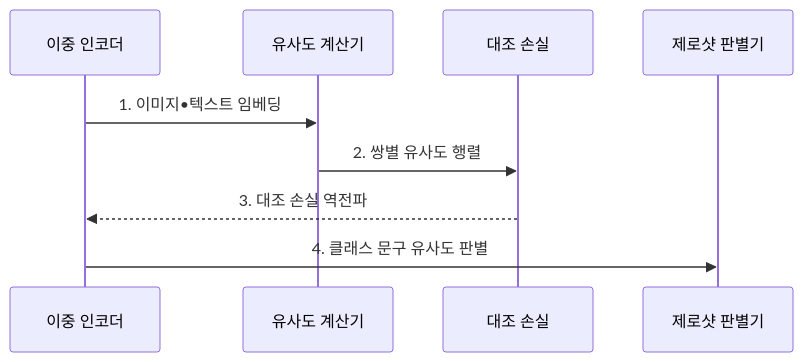
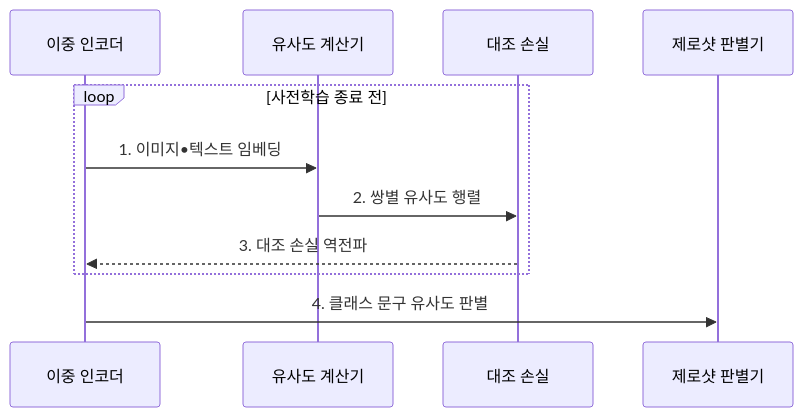
The second of 2 diagrams in src/content/docs/notes/08-latest-tech/089_clip.md (agnusdei1207/knowledge-base), drawn with Mermaid before and after one commit. The commit also changed other lines of this file and 13 other files, not shown here.

````diff
--- a/src/content/docs/notes/08-latest-tech/089_clip.md
+++ b/src/content/docs/notes/08-latest-tech/089_clip.md
@@ -102,11 +102,13 @@
 ```mermaid
 sequenceDiagram
     participant X as 이중 인코더
     participant S as 유사도 계산기
     participant C as 대조 손실
     participant Z as 제로샷 판별기
-    X->>S: 1. 이미지•텍스트 임베딩
-    S->>C: 2. 쌍별 유사도 행렬
-    C-->>X: 3. 대조 손실 역전파
+    loop 사전학습 종료 전
+        X->>S: 1. 이미지•텍스트 임베딩
+        S->>C: 2. 쌍별 유사도 행렬
+        C-->>X: 3. 대조 손실 역전파
+    end
     X->>Z: 4. 클래스 문구 유사도 판별
 ```
````
